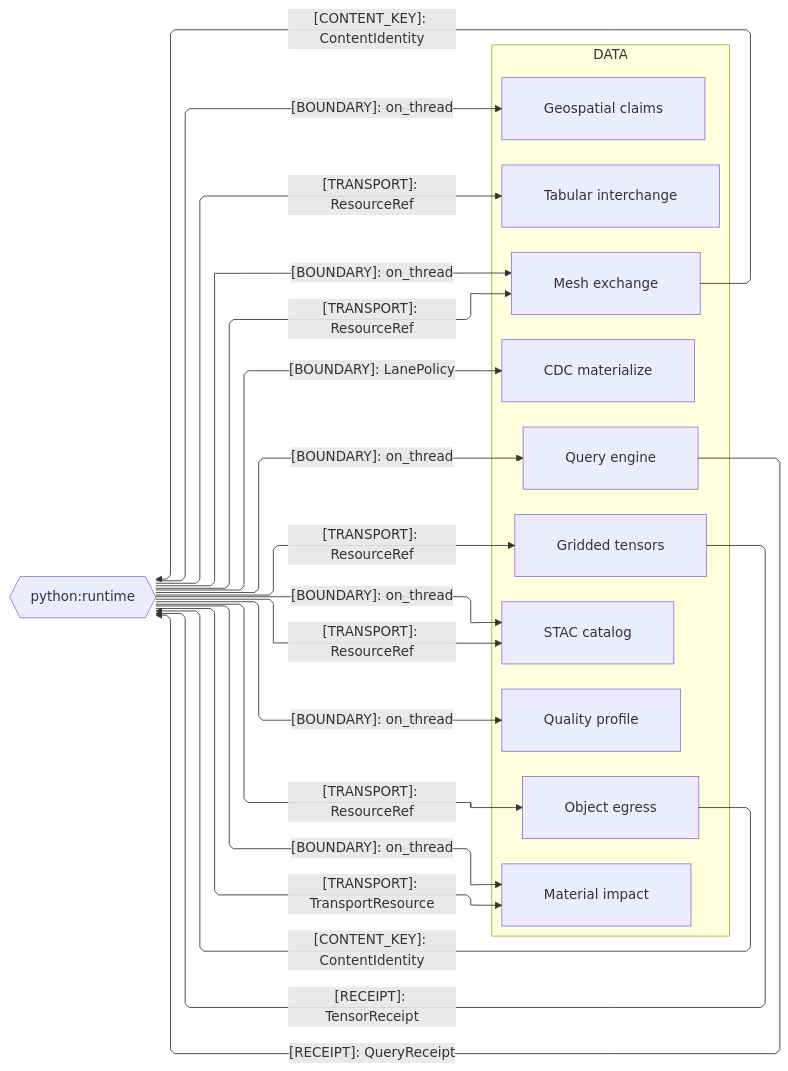
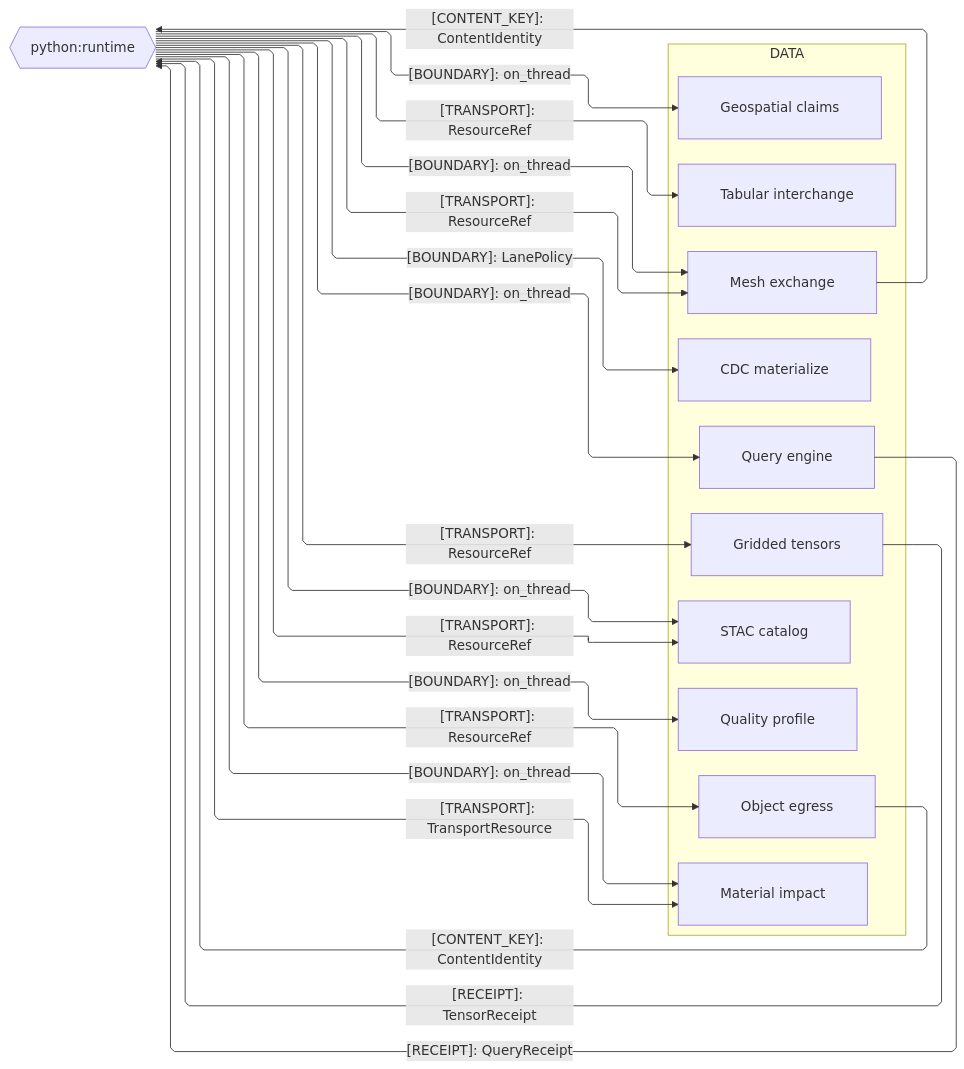
The second of 4 diagrams in libs/python/data/ARCHITECTURE.md (bsamiee/Rasm), drawn with Mermaid before and after one commit. The commit also changed other lines of this file and 383 other files, not shown here.

````diff
--- a/libs/python/data/ARCHITECTURE.md
+++ b/libs/python/data/ARCHITECTURE.md
@@ -38,45 +110,42 @@
 ```mermaid
 ---
 config:
   layout: elk
-  elk:
-    nodePlacementStrategy: NETWORK_SIMPLEX
-    considerModelOrder: NODES_AND_EDGES
   flowchart:
     curve: linear
     padding: 25
 ---
 flowchart LR
     accTitle: Data package Python host-runtime seam registry
     accDescr: Data sub-domain owners exchanging content identity, transport, receipts, and thread boundaries with the Python host runtime sibling.
     subgraph data[DATA]
         Tabular[Tabular interchange]
         Egress[Object egress]
         Query[Query engine]
         Materialize[CDC materialize]
         Catalog[STAC catalog]
         Gridded[Gridded tensors]
         Impact[Material impact]
         Profile[Quality profile]
         Geospatial[Geospatial claims]
         Mesh[Mesh exchange]
     end
     Runtime{{python:runtime}}
     Egress e1@-->|"[CONTENT_KEY]: ContentIdentity"| Runtime
     Query e3@-->|"[RECEIPT]: QueryReceipt"| Runtime
     Gridded e19@-->|"[RECEIPT]: TensorReceipt"| Runtime
     Mesh e2@-->|"[CONTENT_KEY]: ContentIdentity"| Runtime
     Runtime e4@-->|"[TRANSPORT]: ResourceRef"| Tabular
     Runtime e20@-->|"[TRANSPORT]: ResourceRef"| Egress
     Runtime e11@-->|"[BOUNDARY]: on_thread"| Query
     Runtime e17@-->|"[BOUNDARY]: LanePolicy"| Materialize
     Runtime e23@-->|"[TRANSPORT]: ResourceRef"| Catalog
     Runtime e18@-->|"[BOUNDARY]: on_thread"| Catalog
     Runtime e21@-->|"[TRANSPORT]: ResourceRef"| Gridded
     Runtime e5@-->|"[TRANSPORT]: TransportResource"| Impact
     Runtime e24@-->|"[BOUNDARY]: on_thread"| Impact
     Runtime e14@-->|"[BOUNDARY]: on_thread"| Profile
     Runtime e12@-->|"[BOUNDARY]: on_thread"| Geospatial
     Runtime e22@-->|"[TRANSPORT]: ResourceRef"| Mesh
     Runtime e13@-->|"[BOUNDARY]: on_thread"| Mesh
 ```
````
